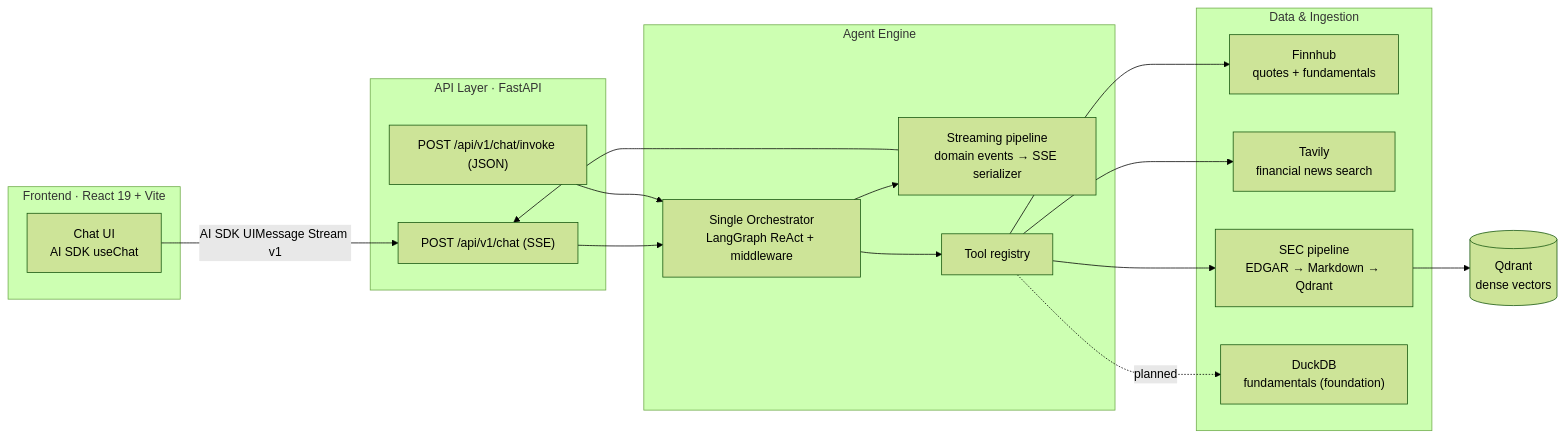
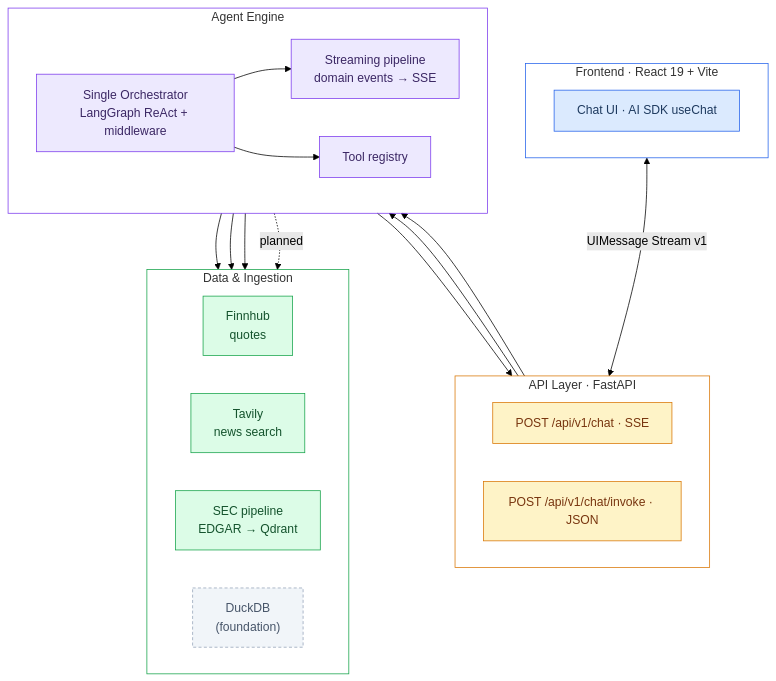
Before and after one commit to wei-yiting/fin-lab-x: the first of 3 diagrams in README.md, drawn with Mermaid (forest theme). The commit also changed other lines of this file, not shown here.

Commit message:
docs(readme): color mermaid diagrams, compact layouts
Layered TB architecture diagram with per-layer color coding, LR JIT
flow to cut vertical height, participant boxes on the streaming
sequence diagram. Light fills + dark text render on both GitHub themes.

````diff
--- a/README.md
+++ b/README.md
@@ -23,37 +23,51 @@
 ```mermaid
-flowchart LR
-    subgraph Frontend["Frontend · React 19 + Vite"]
-        UI["Chat UI<br/>AI SDK useChat"]
+flowchart TB
+    subgraph FE["Frontend · React 19 + Vite"]
+        direction LR
+        UI["Chat UI · AI SDK useChat"]
     end
 
     subgraph API["API Layer · FastAPI"]
-        SSE["POST /api/v1/chat (SSE)"]
-        INV["POST /api/v1/chat/invoke (JSON)"]
+        direction LR
+        SSE["POST /api/v1/chat · SSE"]
+        INV["POST /api/v1/chat/invoke · JSON"]
     end
 
     subgraph Engine["Agent Engine"]
+        direction LR
+        STREAM["Streaming pipeline<br/>domain events → SSE"]
         ORCH["Single Orchestrator<br/>LangGraph ReAct + middleware"]
-        STREAM["Streaming pipeline<br/>domain events → SSE serializer"]
         TOOLS["Tool registry"]
     end
 
     subgraph Data["Data & Ingestion"]
-        FINN["Finnhub<br/>quotes + fundamentals"]
-        TAV["Tavily<br/>financial news search"]
-        SECP["SEC pipeline<br/>EDGAR → Markdown → Qdrant"]
-        DUCK["DuckDB<br/>fundamentals (foundation)"]
+        direction LR
+        FINN["Finnhub<br/>quotes"]
+        TAV["Tavily<br/>news search"]
+        SECP["SEC pipeline<br/>EDGAR → Qdrant"]
+        DUCK["DuckDB<br/>(foundation)"]
     end
 
-    UI -- "AI SDK UIMessage Stream v1" --> SSE
+    UI <-- "UIMessage Stream v1" --> SSE
     SSE --> ORCH
     INV --> ORCH
     ORCH --> STREAM --> SSE
     ORCH --> TOOLS
-    TOOLS --> FINN
-    TOOLS --> TAV
-    TOOLS --> SECP
+    TOOLS --> FINN & TAV & SECP
     TOOLS -.->|planned| DUCK
 
-    QD[("Qdrant<br/>dense vectors")]
-    SECP --> QD
+    classDef fe fill:#dbeafe,stroke:#2563eb,color:#1e3a5f
+    classDef api fill:#fef3c7,stroke:#d97706,color:#78350f
+    classDef engine fill:#ede9fe,stroke:#7c3aed,color:#3b2764
+    classDef data fill:#dcfce7,stroke:#16a34a,color:#14532d
+    classDef planned fill:#f1f5f9,stroke:#94a3b8,color:#475569,stroke-dasharray:4 3
+    class UI fe
+    class SSE,INV api
+    class ORCH,STREAM,TOOLS engine
+    class FINN,TAV,SECP data
+    class DUCK planned
+    style FE fill:transparent,stroke:#2563eb
+    style API fill:transparent,stroke:#d97706
+    style Engine fill:transparent,stroke:#7c3aed
+    style Data fill:transparent,stroke:#16a34a
 ```
````
